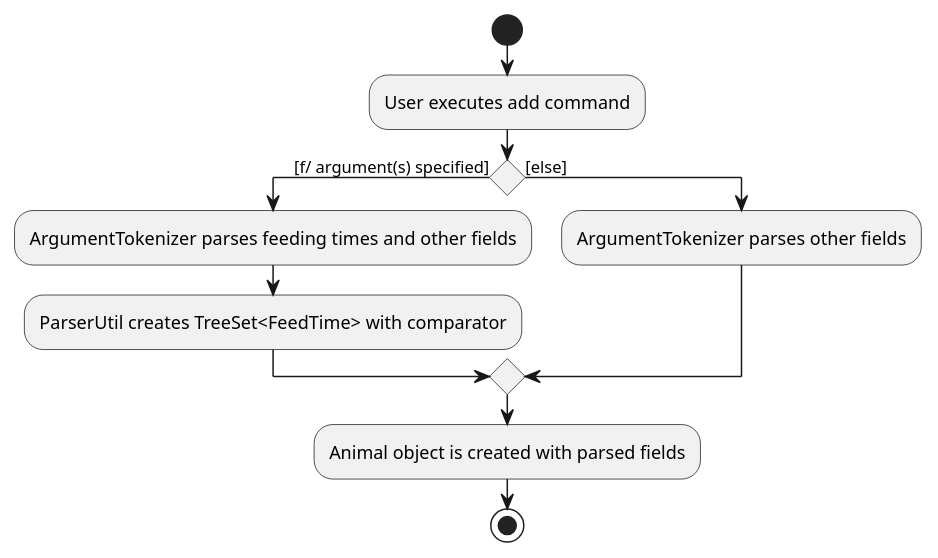
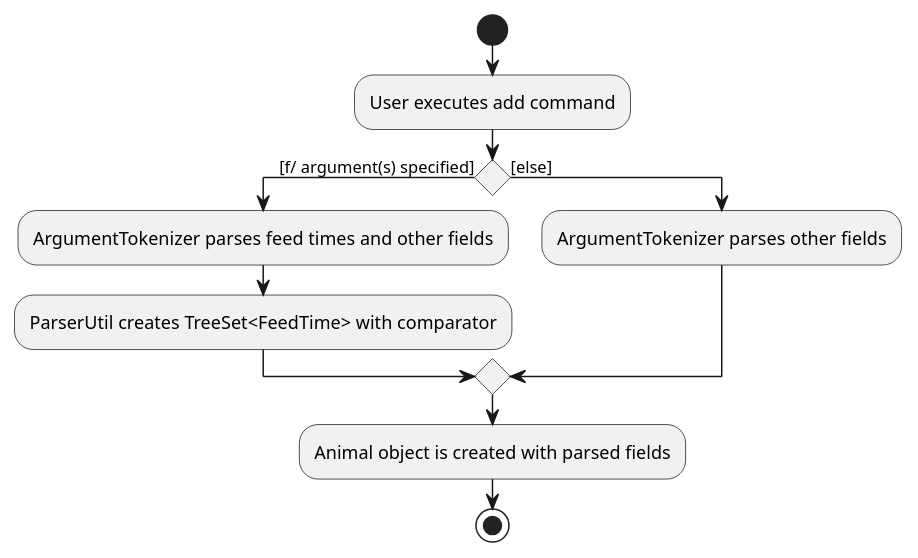
The diagram in docs/diagrams/FeedTimesActivityDiagram.puml (nus-cs2103-AY2021S1/tp), drawn with PlantUML before and after one commit. The commit also changed 3 other files, not shown here.

Commit message:
Changed feeding time references to feed time

```diff
--- a/docs/diagrams/FeedTimesActivityDiagram.puml
+++ b/docs/diagrams/FeedTimesActivityDiagram.puml
@@ -1,16 +1,16 @@
 @startuml
 start
 :User executes add command;
 
 'Since the beta syntax does not support placing the condition outside the
 'diamond we place it as the true branch instead.
 
 if () then ([f/ argument(s) specified])
-    :ArgumentTokenizer parses feeding times and other fields;
+    :ArgumentTokenizer parses feed times and other fields;
     :ParserUtil creates TreeSet<FeedTime> with comparator;
 else ([else])
     :ArgumentTokenizer parses other fields;
 endif
 :Animal object is created with parsed fields;
 stop
 @enduml
```
